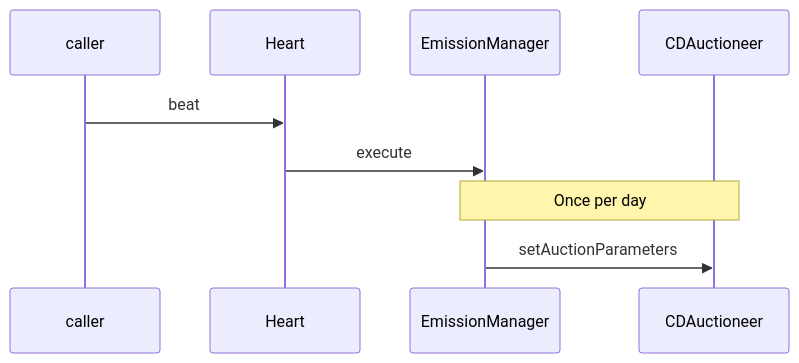
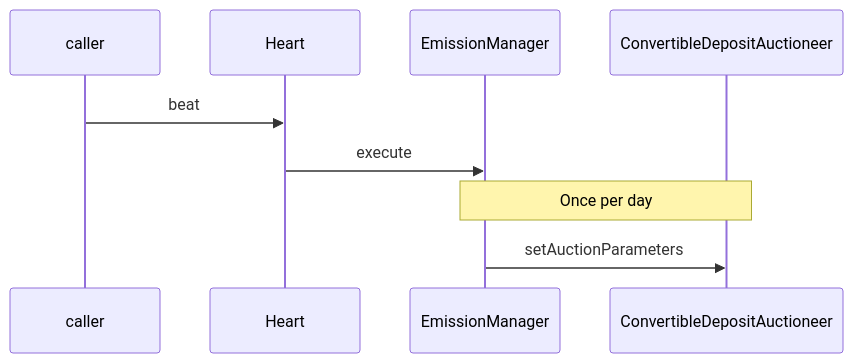
One commit to OlympusDAO/olympus-v3 changed the second of 9 diagrams in audit/2025-01_convertible-deposits/README.md. Above: the diagram before and after it, drawn with Mermaid. The commit also changed other lines of this file and 1 other file, not shown here.

````diff
--- a/audit/2025-01_convertible-deposits/README.md
+++ b/audit/2025-01_convertible-deposits/README.md
@@ -247,12 +258,12 @@
 ```mermaid
 sequenceDiagram
     participant caller
     participant Heart
     participant EmissionManager
-    participant CDAuctioneer
+    participant ConvertibleDepositAuctioneer
 
     caller->>Heart: beat
     Heart->>EmissionManager: execute
-    note over EmissionManager, CDAuctioneer: Once per day
-    EmissionManager->>CDAuctioneer: setAuctionParameters
+    note over EmissionManager, ConvertibleDepositAuctioneer: Once per day
+    EmissionManager->>ConvertibleDepositAuctioneer: setAuctionParameters
 ```
````
